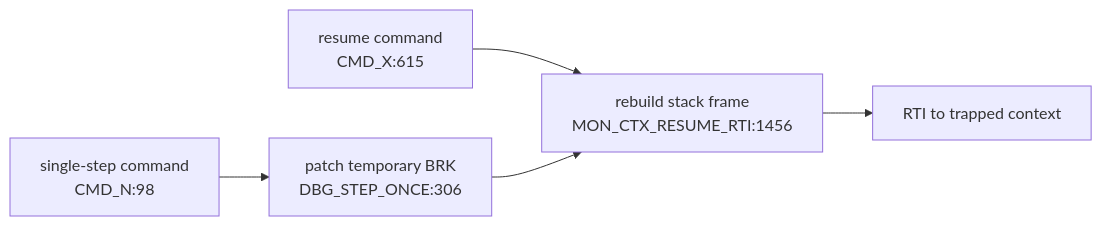
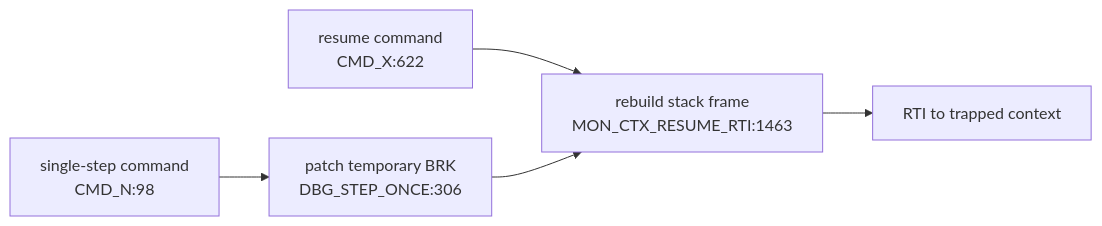
One commit to 95westus/R-YORS changed the sixth of 6 diagrams in DOC/GENERATED/INTERRUPT_VECTOR_MAP.md. Above: the diagram before and after it, drawn with Mermaid. The commit also changed other lines of this file and 32 other files, not shown here.

````diff
--- a/DOC/GENERATED/INTERRUPT_VECTOR_MAP.md
+++ b/DOC/GENERATED/INTERRUPT_VECTOR_MAP.md
@@ -92,7 +92,7 @@
 ```mermaid
 flowchart LR
-    CMDX["resume command<br/>CMD_X:615"] --> RESUME["rebuild stack frame<br/>MON_CTX_RESUME_RTI:1456"]
+    CMDX["resume command<br/>CMD_X:622"] --> RESUME["rebuild stack frame<br/>MON_CTX_RESUME_RTI:1463"]
     CMDN["single-step command<br/>CMD_N:98"] --> STEP["patch temporary BRK<br/>DBG_STEP_ONCE:306"]
     STEP --> RESUME
     RESUME --> RTIRES["RTI to trapped context"]
 ```
````
